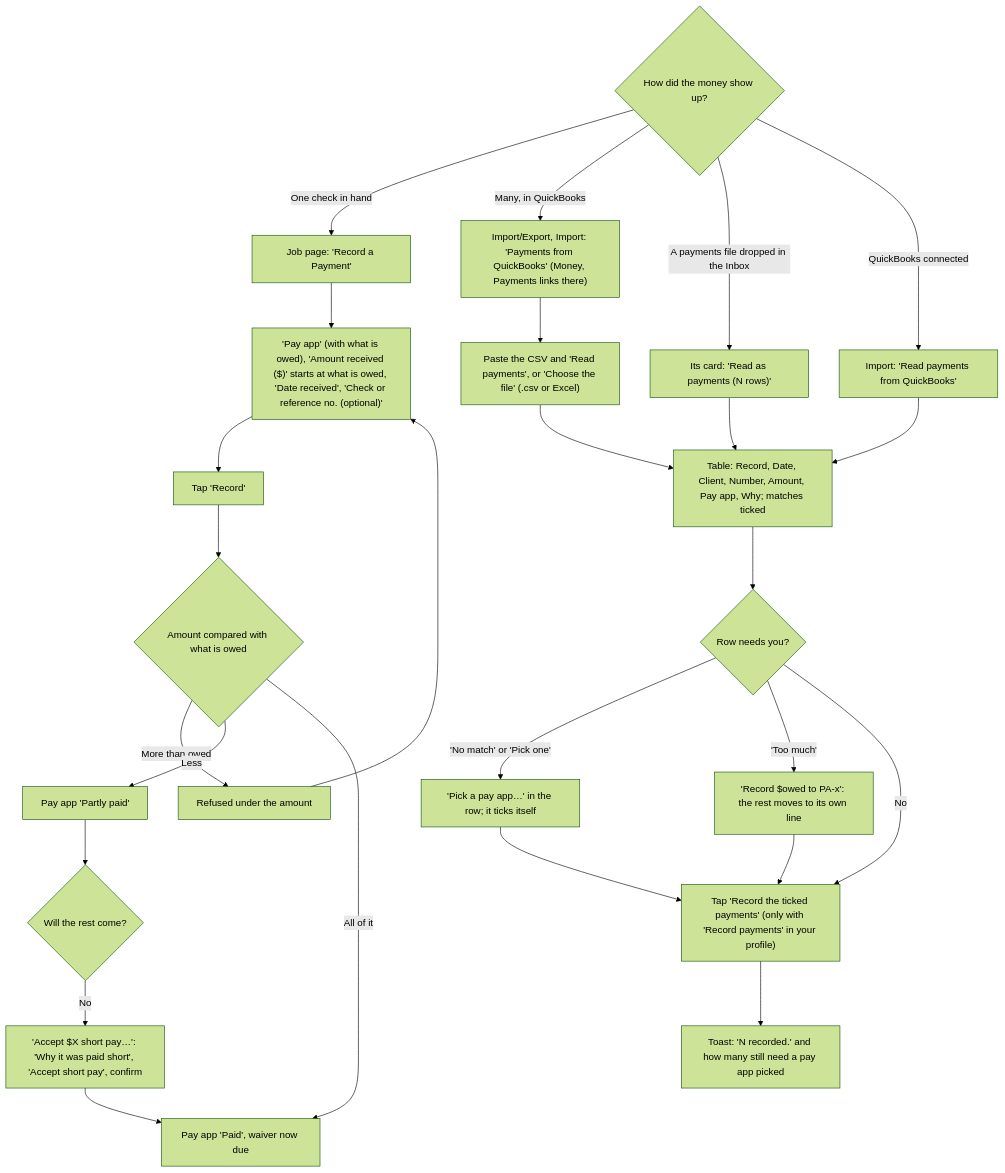
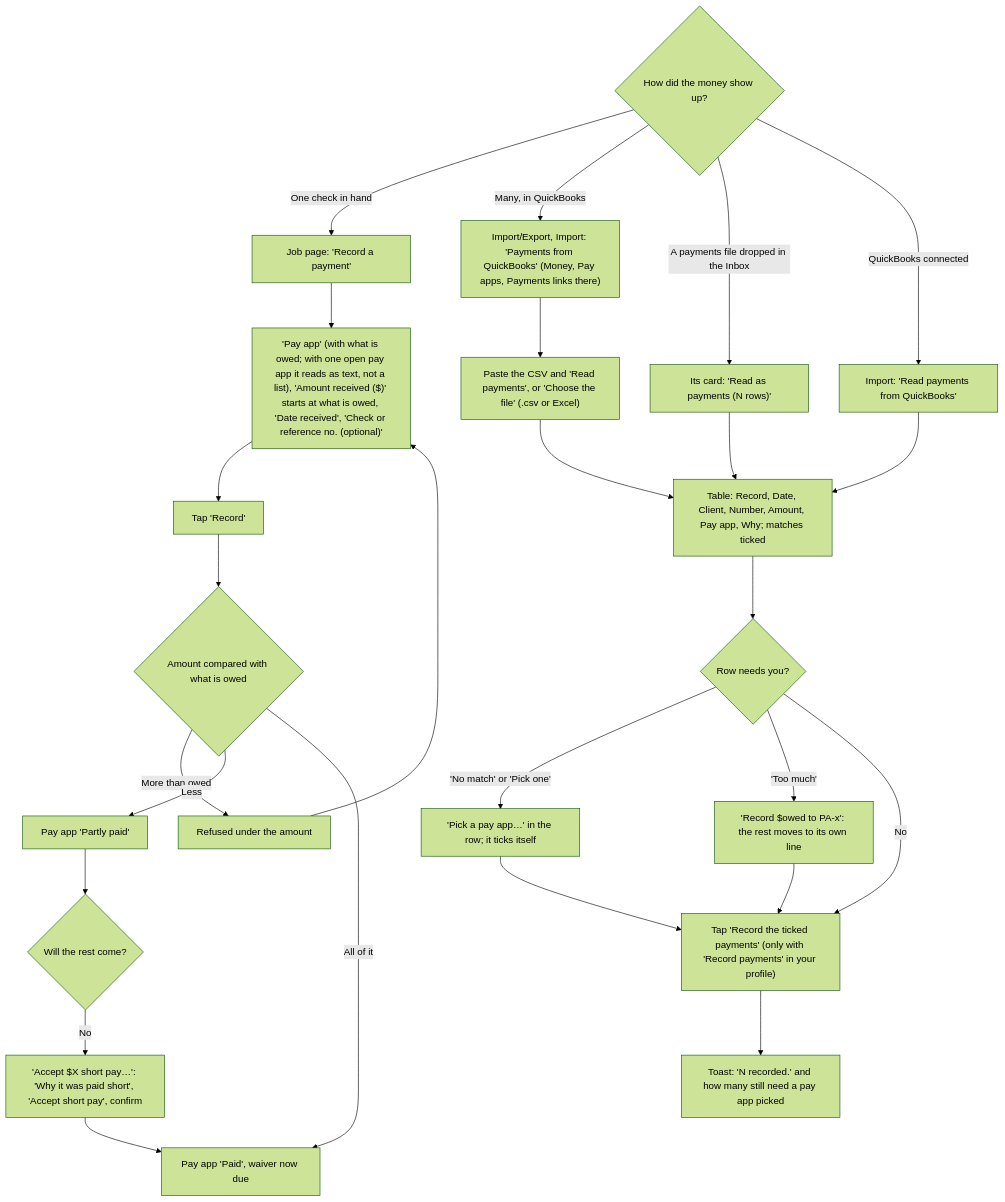
The tenth of 18 diagrams in docs/client-flows.md (cartwrightstephen/billdable), drawn with Mermaid (forest theme) before and after one commit. The commit also changed other lines of this file and 3 other files, not shown here.

Commit message:
Docs for Round 1: client-flows.md for every part and the follow-ups, file:line references refreshed, helper answers for New job, New job record, the client card, This billing period, Results and a team of one, README and MANUAL-TEST in sentence case

````diff
--- a/docs/client-flows.md
+++ b/docs/client-flows.md
@@ -467,28 +486,28 @@
 ```mermaid
 flowchart TD
-    A{"How did the money show up?"} -->|"One check in hand"| B["Job page: 'Record a Payment'"]
-    B --> C["'Pay app' (with what is owed), 'Amount received ($)' starts at what is owed, 'Date received', 'Check or reference no. (optional)'"]
+    A{"How did the money show up?"} -->|"One check in hand"| B["Job page: 'Record a payment'"]
+    B --> C["'Pay app' (with what is owed; with one open pay app it reads as text, not a list), 'Amount received ($)' starts at what is owed, 'Date received', 'Check or reference no. (optional)'"]
     C --> D["Tap 'Record'"]
     D --> E{"Amount compared with what is owed"}
     E -->|"More than owed"| F["Refused under the amount"]
     F --> C
     E -->|"Less"| G["Pay app 'Partly paid'"]
     G --> G2{"Will the rest come?"}
     G2 -->|"No"| G3["'Accept $X short pay…': 'Why it was paid short', 'Accept short pay', confirm"]
     G3 --> H
     E -->|"All of it"| H["Pay app 'Paid', waiver now due"]
-    A -->|"Many, in QuickBooks"| I["Import/Export, Import: 'Payments from QuickBooks' (Money, Payments links there)"]
+    A -->|"Many, in QuickBooks"| I["Import/Export, Import: 'Payments from QuickBooks' (Money, Pay apps, Payments links there)"]
     I --> J["Paste the CSV and 'Read payments', or 'Choose the file' (.csv or Excel)"]
     A -->|"A payments file dropped in the Inbox"| J2["Its card: 'Read as payments (N rows)'"]
     J2 --> K
     J --> K["Table: Record, Date, Client, Number, Amount, Pay app, Why; matches ticked"]
     K --> L{"Row needs you?"}
     L -->|"'No match' or 'Pick one'"| L1["'Pick a pay app…' in the row; it ticks itself"]
     L -->|"'Too much'"| L2["'Record $owed to PA-x': the rest moves to its own line"]
     L1 --> M
     L2 --> M
     L -->|"No"| M["Tap 'Record the ticked payments' (only with 'Record payments' in your profile)"]
     M --> N["Toast: 'N recorded.' and how many still need a pay app picked"]
     A -->|"QuickBooks connected"| O["Import: 'Read payments from QuickBooks'"]
     O --> K
 ```
````
